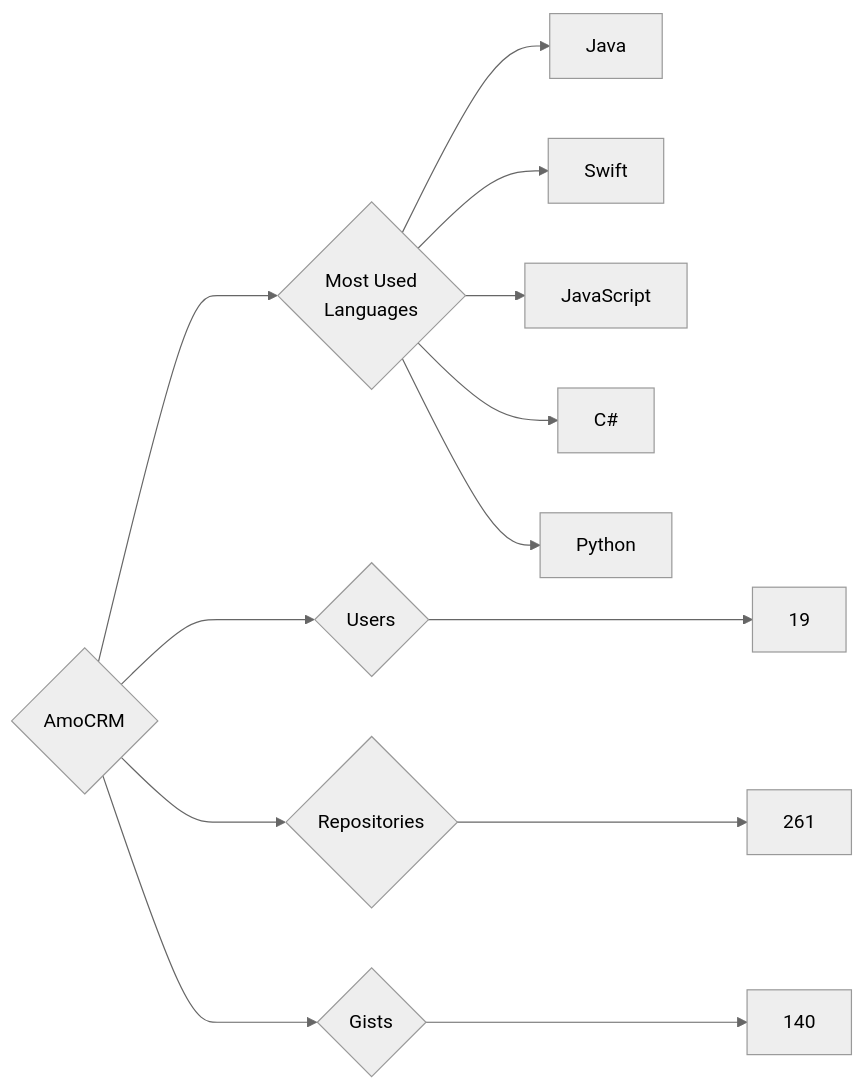
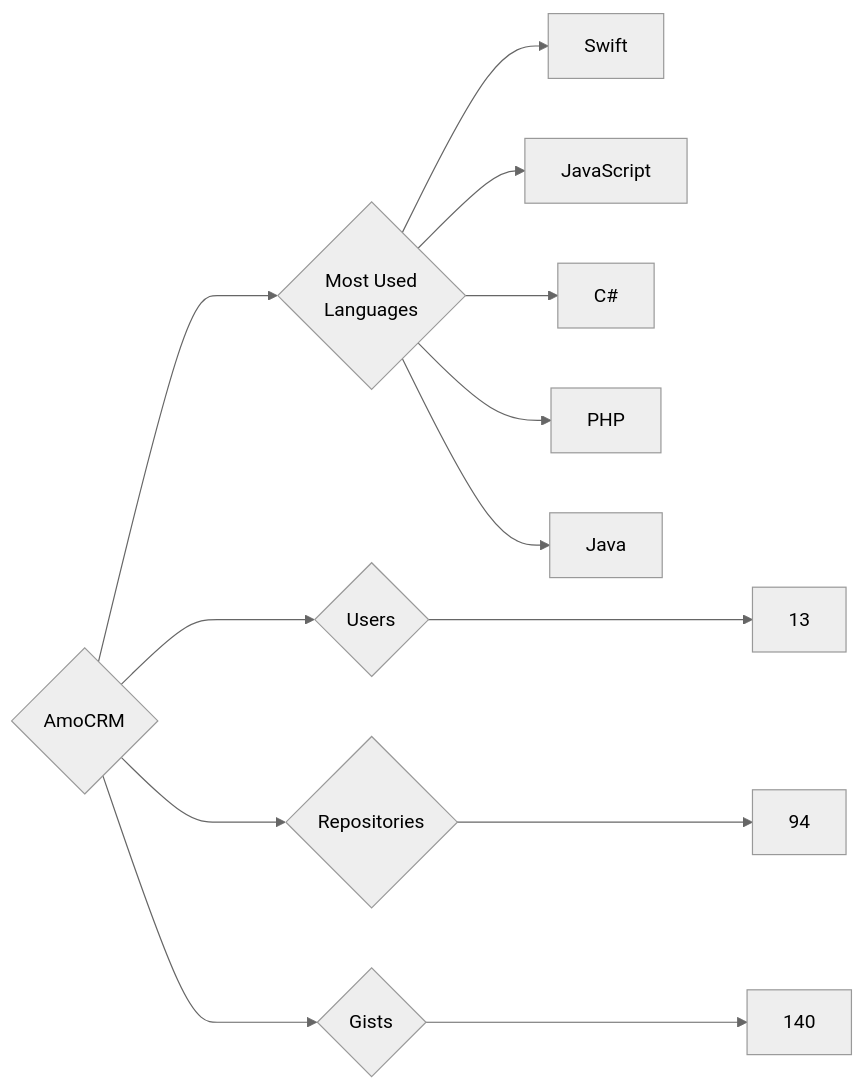
Before and after one commit to trickest/insiders: the diagram in targets/AmoCRM/README.md, drawn with Mermaid (neutral theme). The commit also changed 838 other files, not shown here.

````diff
--- a/targets/AmoCRM/README.md
+++ b/targets/AmoCRM/README.md
@@ -3,13 +3,13 @@
 ```mermaid
 graph LR
 COMPANY_NAME{AmoCRM}
-COMPANY_NAME ---> U{Users} ---> UN[19]
-COMPANY_NAME ---> R{Repositories} ---> RN[261]
+COMPANY_NAME ---> U{Users} ---> UN[13]
+COMPANY_NAME ---> R{Repositories} ---> RN[94]
 COMPANY_NAME ---> G{Gists} ---> GN[140]
 COMPANY_NAME ---> ML{Most Used<br>Languages}
-ML --> Java[Java]
 ML --> Swift[Swift]
 ML --> JavaScript[JavaScript]
 ML --> C#[C#]
-ML --> Python[Python]
+ML --> PHP[PHP]
+ML --> Java[Java]
 ```
````
